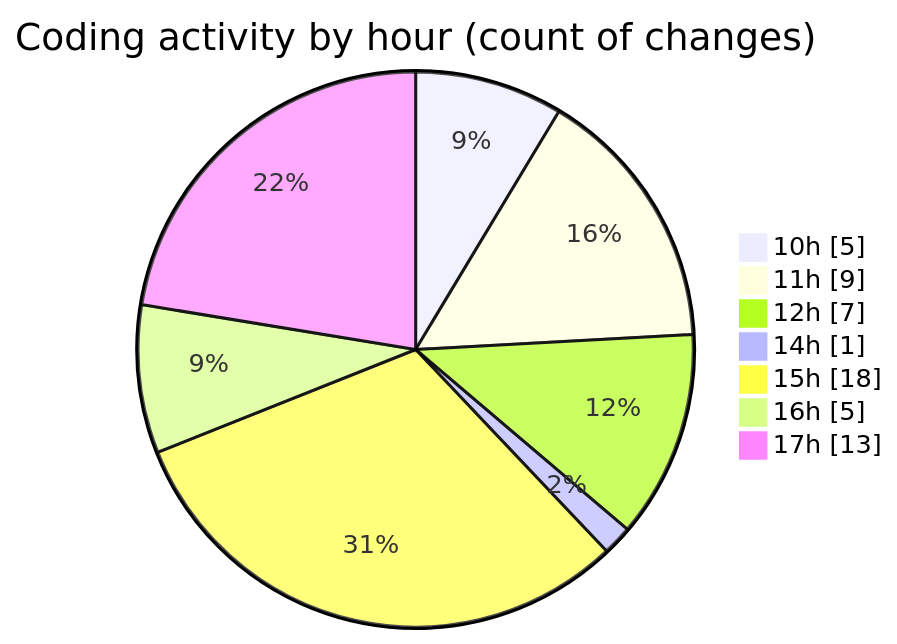
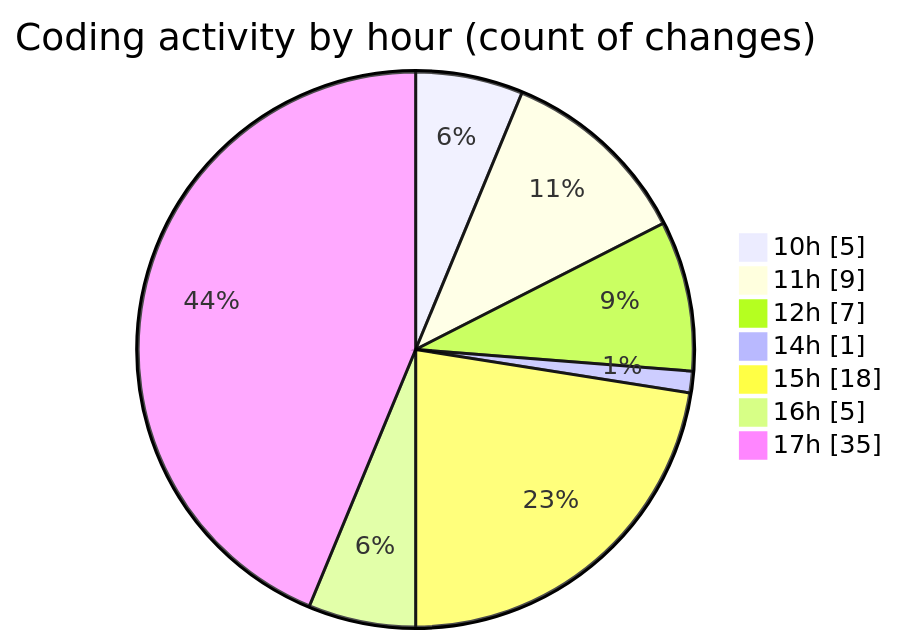
The second of 2 diagrams in 2026-04-20/airfeed-analytics-dashboard/README.md (nxtqubesakshisongat/code-tracking), drawn with Mermaid before and after one commit. The commit also changed other lines of this file and 1 other file, not shown here.

````diff
--- a/2026-04-20/airfeed-analytics-dashboard/README.md
+++ b/2026-04-20/airfeed-analytics-dashboard/README.md
@@ -38,11 +40,11 @@
 ```mermaid
 pie showData
 title Coding activity by hour (count of changes)
 "10h" : 5
 "11h" : 9
 "12h" : 7
 "14h" : 1
 "15h" : 18
 "16h" : 5
-"17h" : 13
+"17h" : 35
 ```
````
